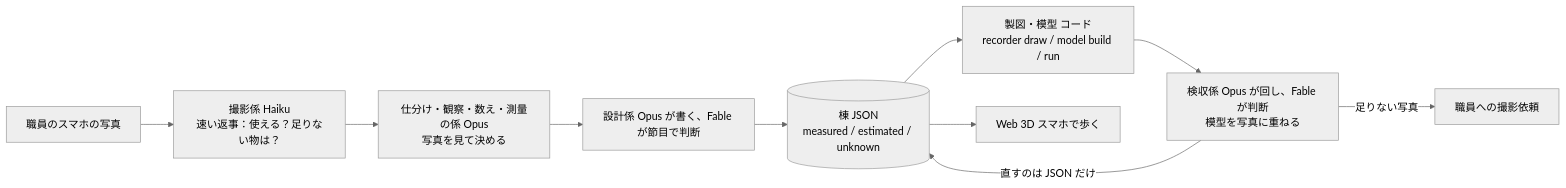
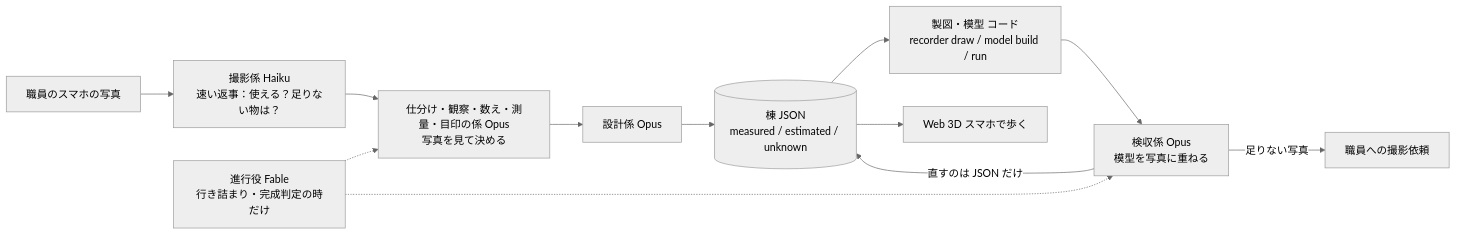
Before and after one commit to yuu737/campus-recorder: the diagram in README.ja.md, drawn with Mermaid (neutral theme). The commit also changed other lines of this file and 90 other files, not shown here.

````diff
--- a/README.ja.md
+++ b/README.ja.md
@@ -31,12 +35,14 @@
 ```mermaid
 flowchart LR
   P[職員のスマホの写真] --> S[撮影係 Haiku<br/>速い返事：使える？足りない物は？]
-  S --> O[仕分け・観察・数え・測量の係 Opus<br/>写真を見て決める]
-  O --> D[設計係 Opus が書く、Fable が節目で判断]
+  S --> O[仕分け・観察・数え・測量・目印の係 Opus<br/>写真を見て決める]
+  O --> D[設計係 Opus]
   D --> J[(棟 JSON<br/>measured / estimated / unknown)]
   J --> C[製図・模型 コード<br/>recorder draw / model build / run]
-  C --> K[検収係 Opus が回し、Fable が判断<br/>模型を写真に重ねる]
+  C --> K[検収係 Opus<br/>模型を写真に重ねる]
   K -->|直すのは JSON だけ| J
   K -->|足りない写真| R[職員への撮影依頼]
   J --> W[Web 3D スマホで歩く]
+  X[進行役 Fable<br/>行き詰まり・完成判定の時だけ] -.-> O
+  X -.-> K
 ```
````
